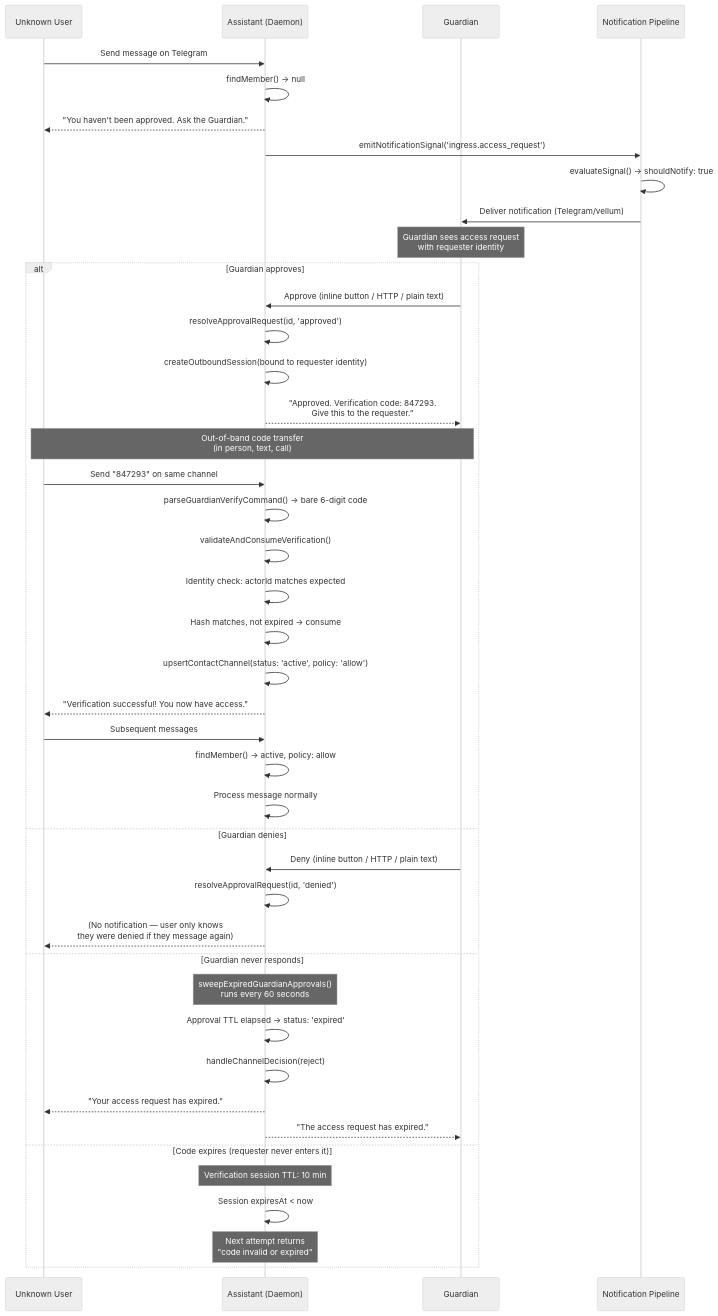
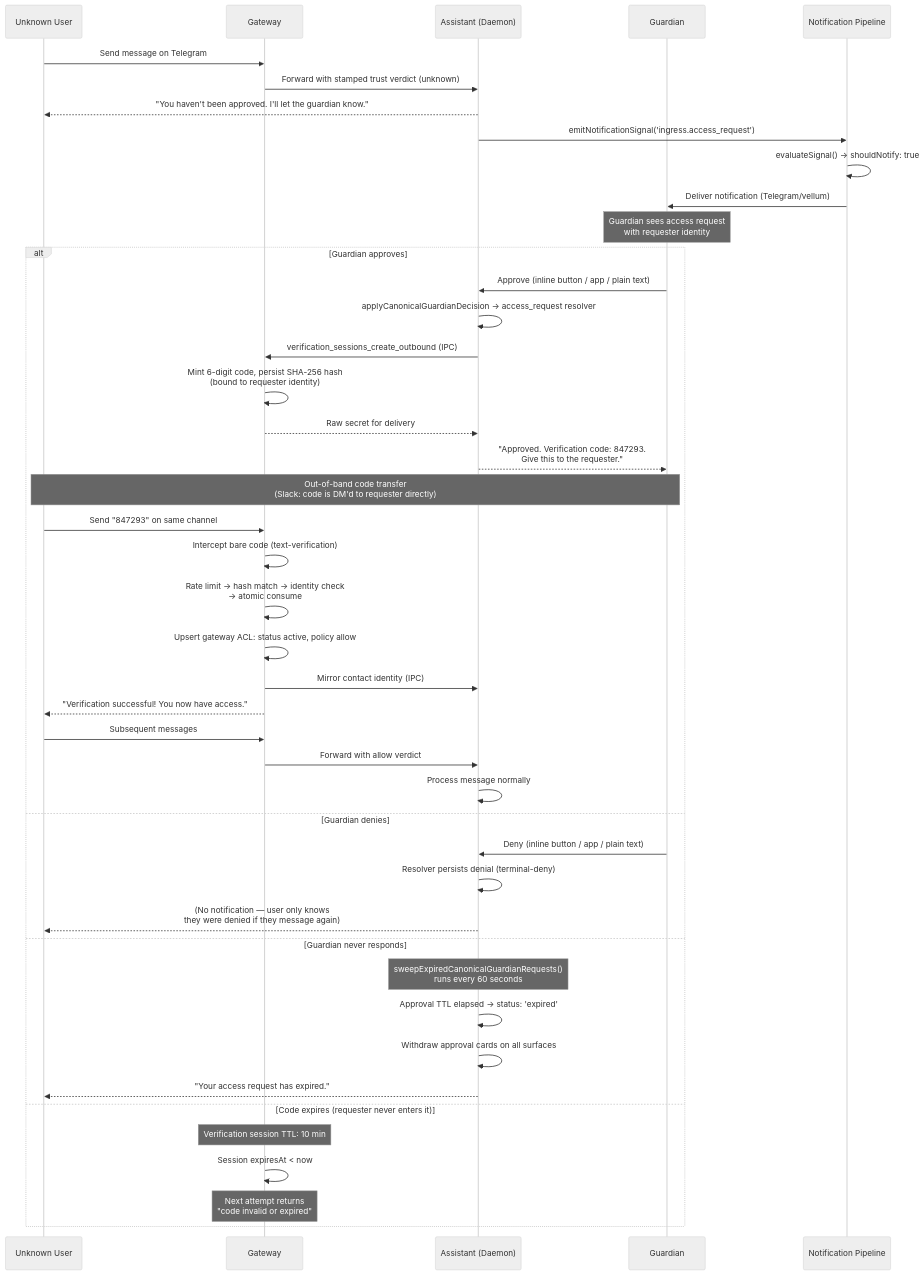
Before and after one commit to vellum-ai/vellum-assistant: the diagram in assistant/docs/trusted-contact-access.md, drawn with Mermaid (neutral theme). The commit also changed other lines of this file and 1 other file, not shown here.

Commit message:
docs: rewrite trusted-contacts runbook + access doc for gateway-owned sessions and ACL

````diff
--- a/assistant/docs/trusted-contact-access.md
+++ b/assistant/docs/trusted-contact-access.md
@@ -146,55 +155,56 @@
 ```mermaid
 sequenceDiagram
     participant U as Unknown User
+    participant GW as Gateway
     participant A as Assistant (Daemon)
     participant G as Guardian
     participant N as Notification Pipeline
 
-    U->>A: Send message on Telegram
-    A->>A: findMember() → null
-    A-->>U: "You haven't been approved. Ask the Guardian."
+    U->>GW: Send message on Telegram
+    GW->>A: Forward with stamped trust verdict (unknown)
+    A-->>U: "You haven't been approved. I'll let the guardian know."
 
     A->>N: emitNotificationSignal('ingress.access_request')
     N->>N: evaluateSignal() → shouldNotify: true
     N->>G: Deliver notification (Telegram/vellum)
 
     Note over G: Guardian sees access request<br/>with requester identity
 
     alt Guardian approves
-        G->>A: Approve (inline button / HTTP / plain text)
-        A->>A: resolveApprovalRequest(id, 'approved')
-        A->>A: createOutboundSession(bound to requester identity)
+        G->>A: Approve (inline button / app / plain text)
+        A->>A: applyCanonicalGuardianDecision → access_request resolver
+        A->>GW: verification_sessions_create_outbound (IPC)
+        GW->>GW: Mint 6-digit code, persist SHA-256 hash<br/>(bound to requester identity)
+        GW-->>A: Raw secret for delivery
         A-->>G: "Approved. Verification code: 847293.<br/>Give this to the requester."
 
-        Note over G,U: Out-of-band code transfer<br/>(in person, text, call)
+        Note over G,U: Out-of-band code transfer<br/>(Slack: code is DM'd to requester directly)
 
-        U->>A: Send "847293" on same channel
-        A->>A: parseGuardianVerifyCommand() → bare 6-digit code
-        A->>A: validateAndConsumeVerification()
-        A->>A: Identity check: actorId matches expected
-        A->>A: Hash matches, not expired → consume
-        A->>A: upsertContactChannel(status: 'active', policy: 'allow')
-        A-->>U: "Verification successful! You now have access."
+        U->>GW: Send "847293" on same channel
+        GW->>GW: Intercept bare code (text-verification)
+        GW->>GW: Rate limit → hash match → identity check<br/>→ atomic consume
+        GW->>GW: Upsert gateway ACL: status active, policy allow
+        GW->>A: Mirror contact identity (IPC)
+        GW-->>U: "Verification successful! You now have access."
 
-        U->>A: Subsequent messages
-        A->>A: findMember() → active, policy: allow
+        U->>GW: Subsequent messages
+        GW->>A: Forward with allow verdict
         A->>A: Process message normally
 
     else Guardian denies
-        G->>A: Deny (inline button / HTTP / plain text)
-        A->>A: resolveApprovalRequest(id, 'denied')
+        G->>A: Deny (inline button / app / plain text)
+        A->>A: Resolver persists denial (terminal-deny)
         A-->>U: (No notification — user only knows<br/>they were denied if they message again)
 
     else Guardian never responds
-        Note over A: sweepExpiredGuardianApprovals()<br/>runs every 60 seconds
+        Note over A: sweepExpiredCanonicalGuardianRequests()<br/>runs every 60 seconds
         A->>A: Approval TTL elapsed → status: 'expired'
-        A->>A: handleChannelDecision(reject)
+        A->>A: Withdraw approval cards on all surfaces
         A-->>U: "Your access request has expired."
-        A-->>G: "The access request has expired."
 
     else Code expires (requester never enters it)
-        Note over A: Verification session TTL: 10 min
-        A->>A: Session expiresAt < now
-        Note over A: Next attempt returns<br/>"code invalid or expired"
+        Note over GW: Verification session TTL: 10 min
+        GW->>GW: Session expiresAt < now
+        Note over GW: Next attempt returns<br/>"code invalid or expired"
     end
 ```
````
